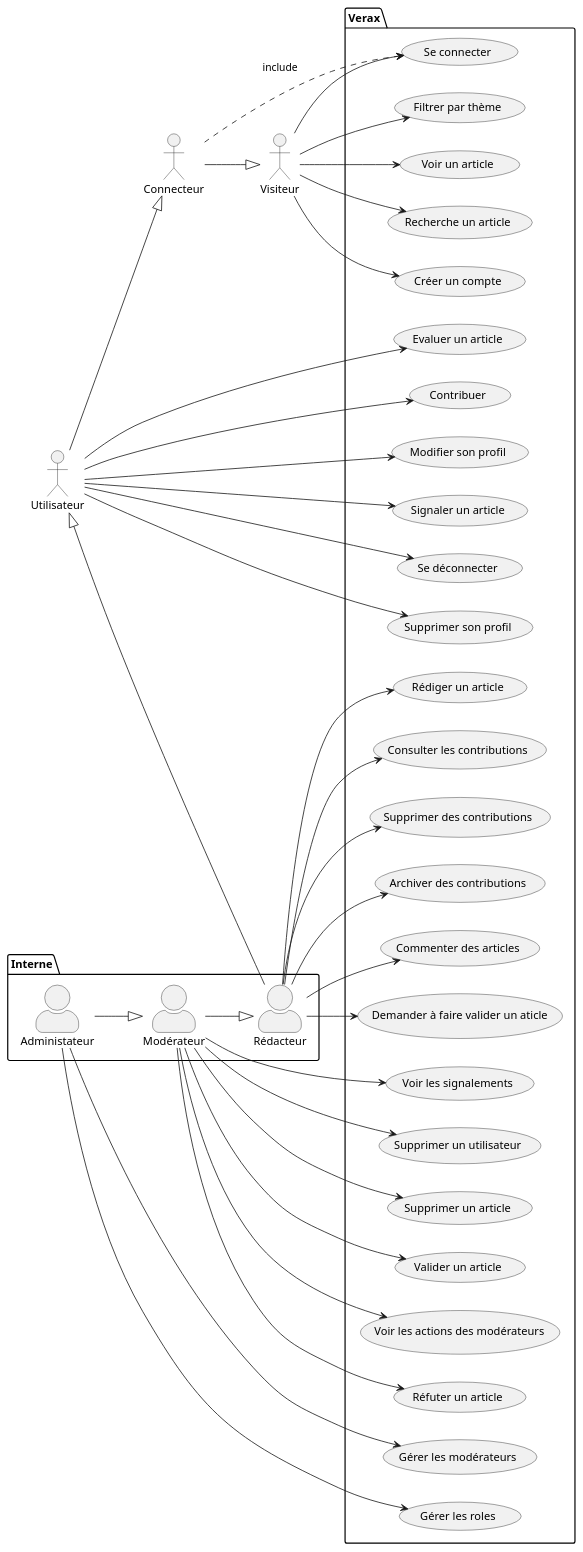
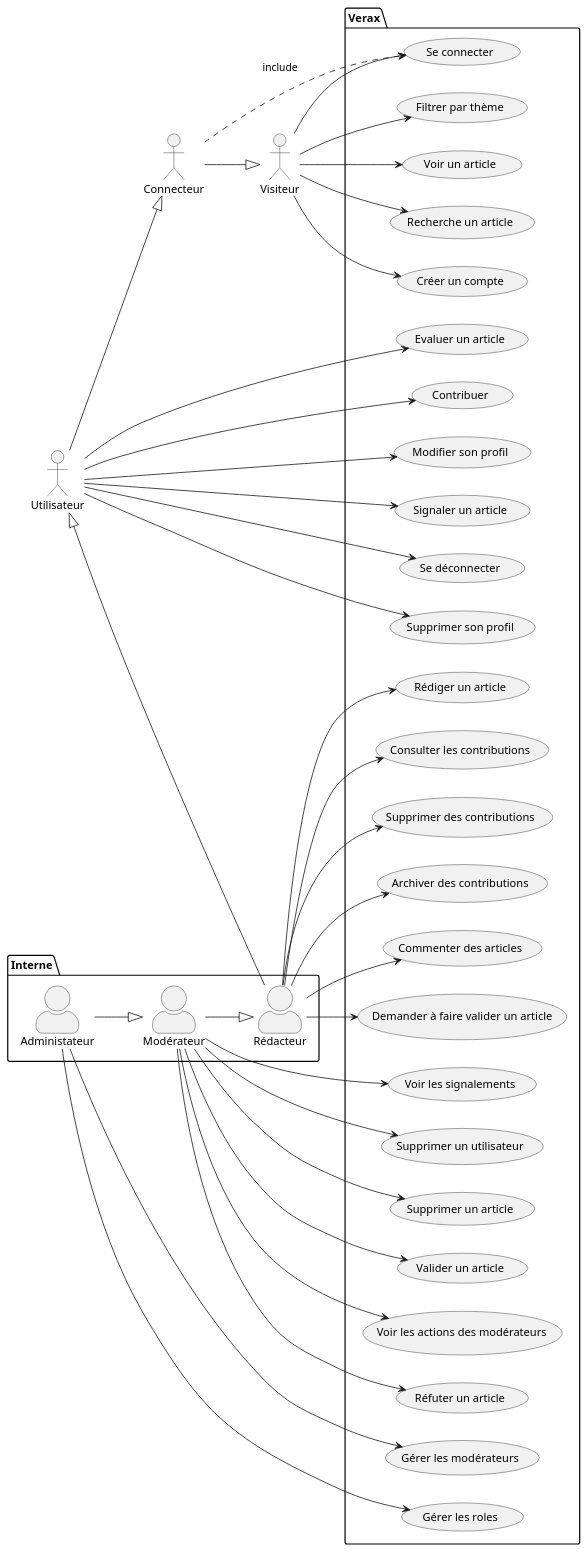
One commit to tonyfgs/Verax changed the diagram in Diagramme/casUtilisation.md. Above: the diagram before and after it, drawn with PlantUML.

Commit message:
travail sur le diagramme..

```diff
--- a/Diagramme/casUtilisation.md
+++ b/Diagramme/casUtilisation.md
@@ -33,7 +33,7 @@
     usecase "Supprimer des contributions" as UC27
     usecase "Archiver des contributions" as UC26
     usecase "Commenter des articles" as UC15
-    usecase "Demander à faire valider un aticle" as UC14
+    usecase "Demander à faire valider un article" as UC14
 
     usecase "Voir les signalements" as UC16
     usecase "Supprimer un utilisateur" as UC17
```
